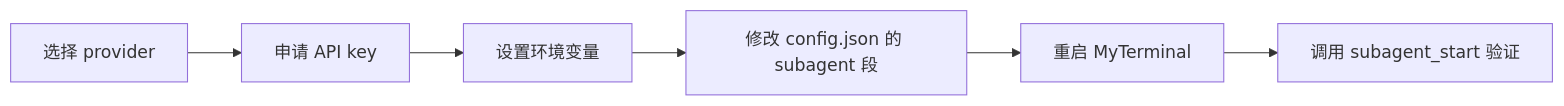
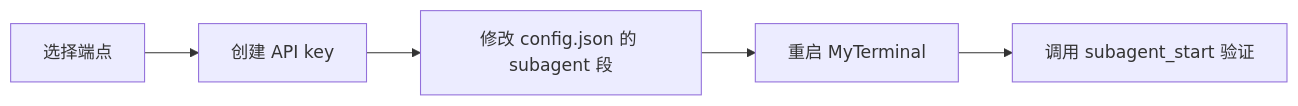
Before and after one commit to epslkslsksndnsjs-lab/myterminal: the diagram in docs/SUBAGENT_SETUP.zh-CN.md, drawn with Mermaid. The commit also changed other lines of this file and 8 other files, not shown here.

````diff
--- a/docs/SUBAGENT_SETUP.zh-CN.md
+++ b/docs/SUBAGENT_SETUP.zh-CN.md
@@ -11,8 +11,7 @@
 ```mermaid
 flowchart LR
-  A["选择 provider"] --> B["申请 API key"]
-  B --> C["设置环境变量"]
-  C --> D["修改 config.json 的 subagent 段"]
-  D --> E["重启 MyTerminal"]
-  E --> F["调用 subagent_start 验证"]
+  A["选择端点"] --> B["创建 API key"]
+  B --> C["修改 config.json 的 subagent 段"]
+  C --> D["重启 MyTerminal"]
+  D --> E["调用 subagent_start 验证"]
 ```
````
